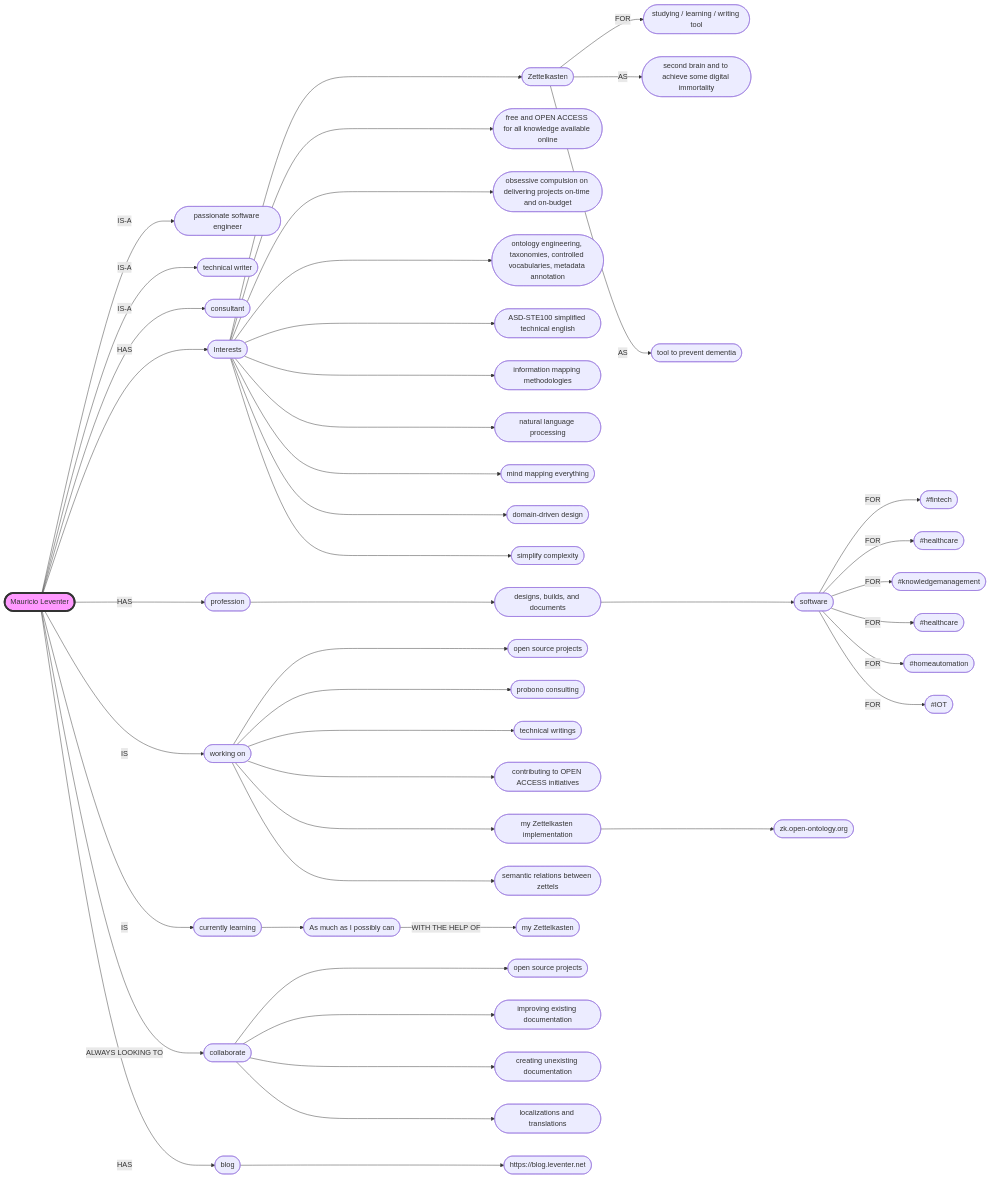
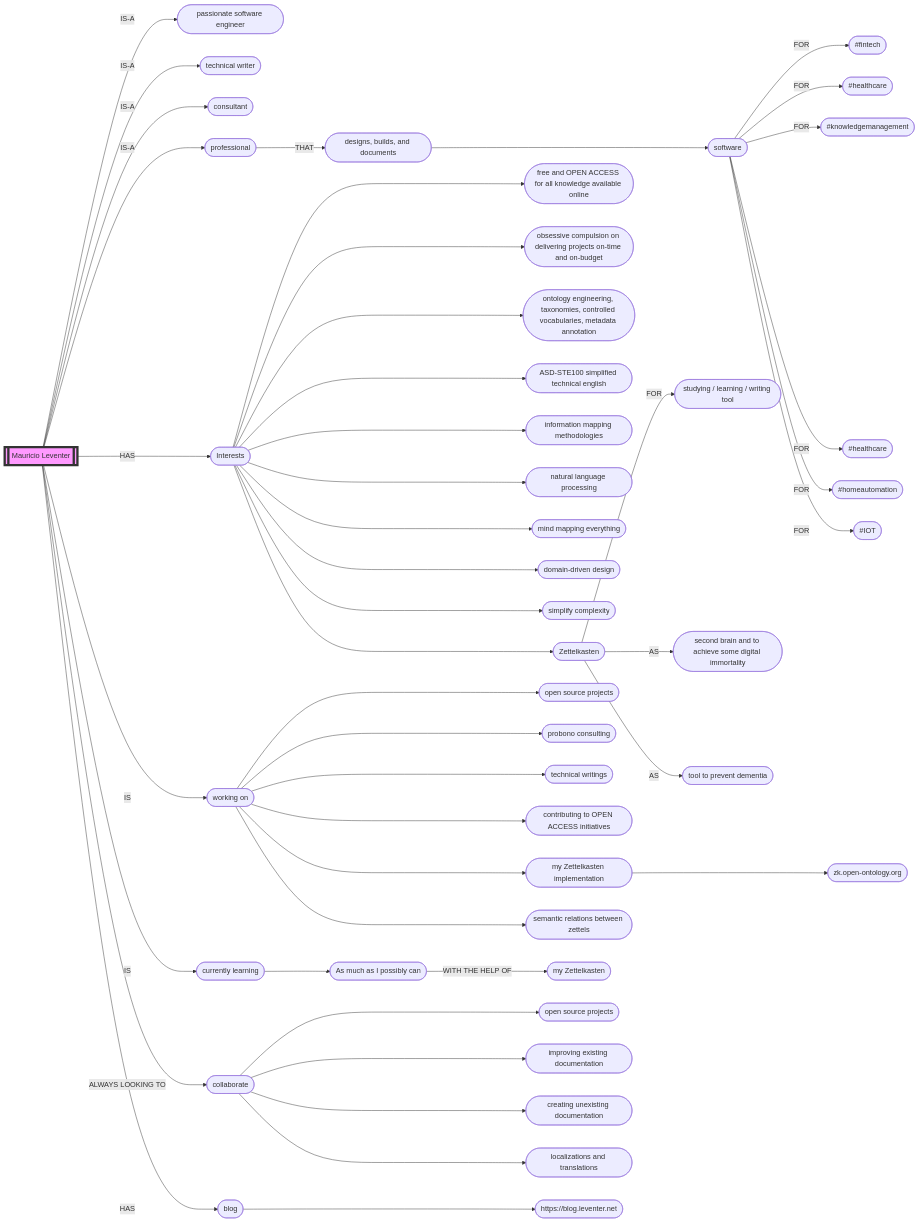
The diagram in README.md (mleventer/mleventer), drawn with Mermaid before and after one commit.

````diff
--- a/README.md
+++ b/README.md
@@ -4,48 +4,48 @@
 ```mermaid
 flowchart LR
-    A([Mauricio Leventer]) -->|IS-A| A2([passionate software engineer])
+    A[[Mauricio Leventer]] -->|IS-A| A2([passionate software engineer])
     A -->|IS-A| A3([technical writer])
     A -->|IS-A| A4([consultant])
-    A -->|HAS| AA([profession])
-    AA ---> A5([designs, builds, and documents])
+    A -->|IS-A| AA([professional])
+    AA -->|THAT| A5([designs, builds, and documents])
     A5 ---> A6([software])
     A6 -->|FOR| A7([#fintech])
     A6 -->|FOR| A8([#healthcare])
     A6 -->|FOR| A9([#knowledgemanagement])
     A6 -->|FOR| A10([#healthcare])
     A6 -->|FOR| A11([#homeautomation])
     A6 -->|FOR| A12([#IOT])    
     A -->|HAS| B([Interests])
     B ---> I1([free and OPEN ACCESS for all knowledge available online])
     B ---> I2([obsessive compulsion on delivering projects on-time and on-budget])
     B ---> I3([ontology engineering, taxonomies, controlled vocabularies, metadata annotation])
     B ---> I4([ASD-STE100 simplified technical english])
     B ---> I5([information mapping methodologies])
     B ---> I6([natural language processing])
     B ---> I7([mind mapping everything]) 
     B ---> I8([domain-driven design]) 
     B ---> I9([simplify complexity]) 
     B ---> J([Zettelkasten])
     J -->|FOR| J1([studying / learning / writing tool]) 
     J -->|AS| J2([second brain and to achieve some digital immortality]) 
     J -->|AS| J3([tool to prevent dementia])
     A -->|IS| C([working on])
     C ---> C1([open source projects])
     C ---> C2([probono consulting])
     C ---> C3([technical writings])
     C ---> C4([contributing to OPEN ACCESS initiatives])
     C ---> H([my Zettelkasten implementation])
     H ---> H1([zk.open-ontology.org])
     C ---> H2([semantic relations between zettels])
     A -->|IS| D([currently learning])
     D --> D1([As much as I possibly can])
     D1 -->|WITH THE HELP OF| D2([my Zettelkasten])
     A -->|ALWAYS LOOKING TO|E([collaborate])
     E ---> E1([open source projects])
     E ---> E2([improving existing documentation])
     E ---> E3([creating unexisting documentation])
     E ---> E4([localizations and translations])
     A -->|HAS| F([blog])
     F ---> F1([https://blog.leventer.net])
-    style A fill:#f9f,stroke:#333,stroke-width:4px
+    style A fill:#f9f,stroke:#333,stroke-width:5px
 ```
````
